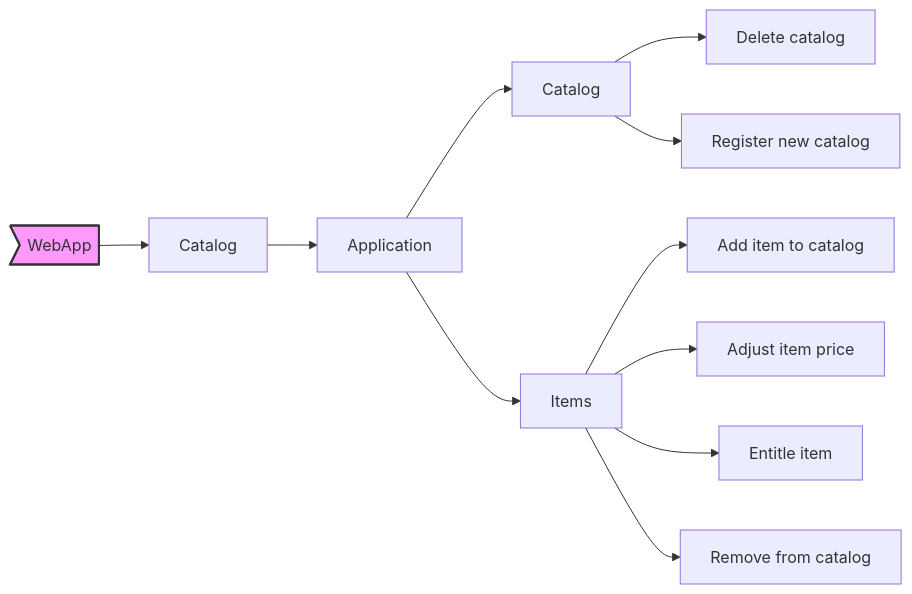
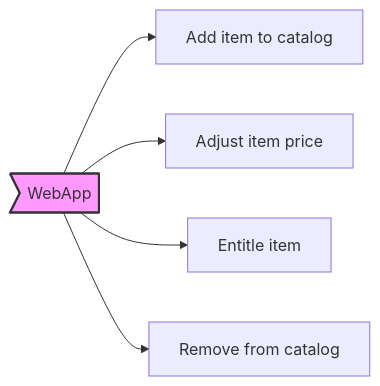
Before and after one commit to pierregillon/BoundedContextCanvasGenerator: the second of 2 diagrams in SolutionExample/Example/bounded_context_canvas.md, drawn with Mermaid. The commit also changed other lines of this file and 7 other files, not shown here.

````diff
--- a/SolutionExample/Example/bounded_context_canvas.md
+++ b/SolutionExample/Example/bounded_context_canvas.md
@@ -27,25 +45,13 @@
 ```mermaid
 flowchart LR
     Collaborators>"WebApp"]
     style Collaborators fill:#f9f,stroke:#333,stroke-width:2px
-    Catalog
-    CatalogApplication["Application"]
-    CatalogApplicationCatalog["Catalog"]
-    CatalogApplicationCatalogDeleteCatalog["Delete catalog"]
-    CatalogApplicationCatalogRegisterNewCatalogCommand["Register new catalog"]
-    CatalogApplicationItems["Items"]
     CatalogApplicationItemsAddItemToCatalogCommand["Add item to catalog"]
     CatalogApplicationItemsAdjustItemPriceCommand["Adjust item price"]
     CatalogApplicationItemsEntitleItemCommand["Entitle item"]
     CatalogApplicationItemsRemoveFromCatalogCommand["Remove from catalog"]
-    Collaborators --> Catalog
-    Catalog --> CatalogApplication
-    CatalogApplication --> CatalogApplicationCatalog
-    CatalogApplicationCatalog --> CatalogApplicationCatalogDeleteCatalog
-    CatalogApplicationCatalog --> CatalogApplicationCatalogRegisterNewCatalogCommand
-    CatalogApplication --> CatalogApplicationItems
-    CatalogApplicationItems --> CatalogApplicationItemsAddItemToCatalogCommand
-    CatalogApplicationItems --> CatalogApplicationItemsAdjustItemPriceCommand
-    CatalogApplicationItems --> CatalogApplicationItemsEntitleItemCommand
-    CatalogApplicationItems --> CatalogApplicationItemsRemoveFromCatalogCommand
+    Collaborators --> CatalogApplicationItemsAddItemToCatalogCommand
+    Collaborators --> CatalogApplicationItemsAdjustItemPriceCommand
+    Collaborators --> CatalogApplicationItemsEntitleItemCommand
+    Collaborators --> CatalogApplicationItemsRemoveFromCatalogCommand
 ```
````
